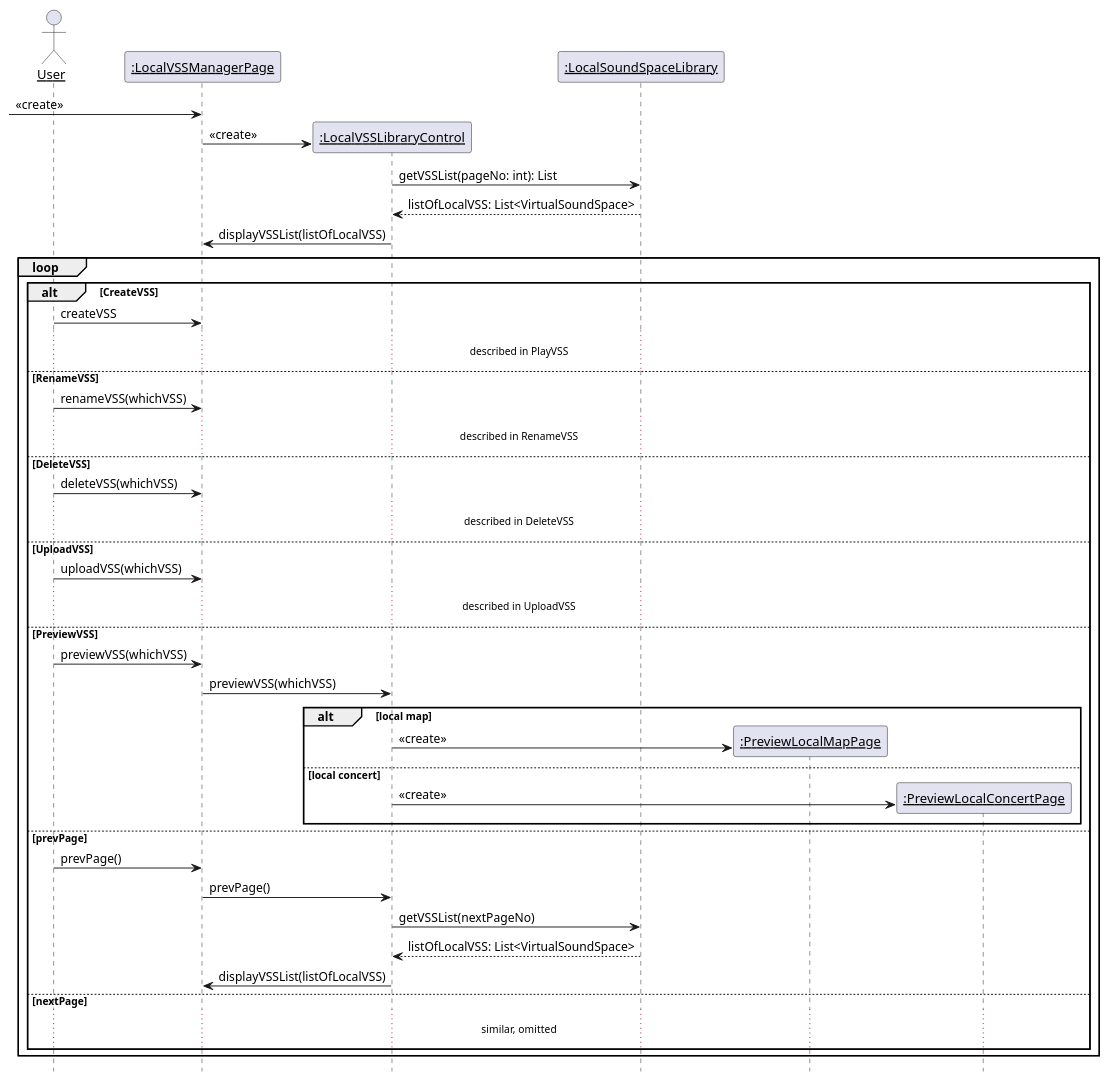
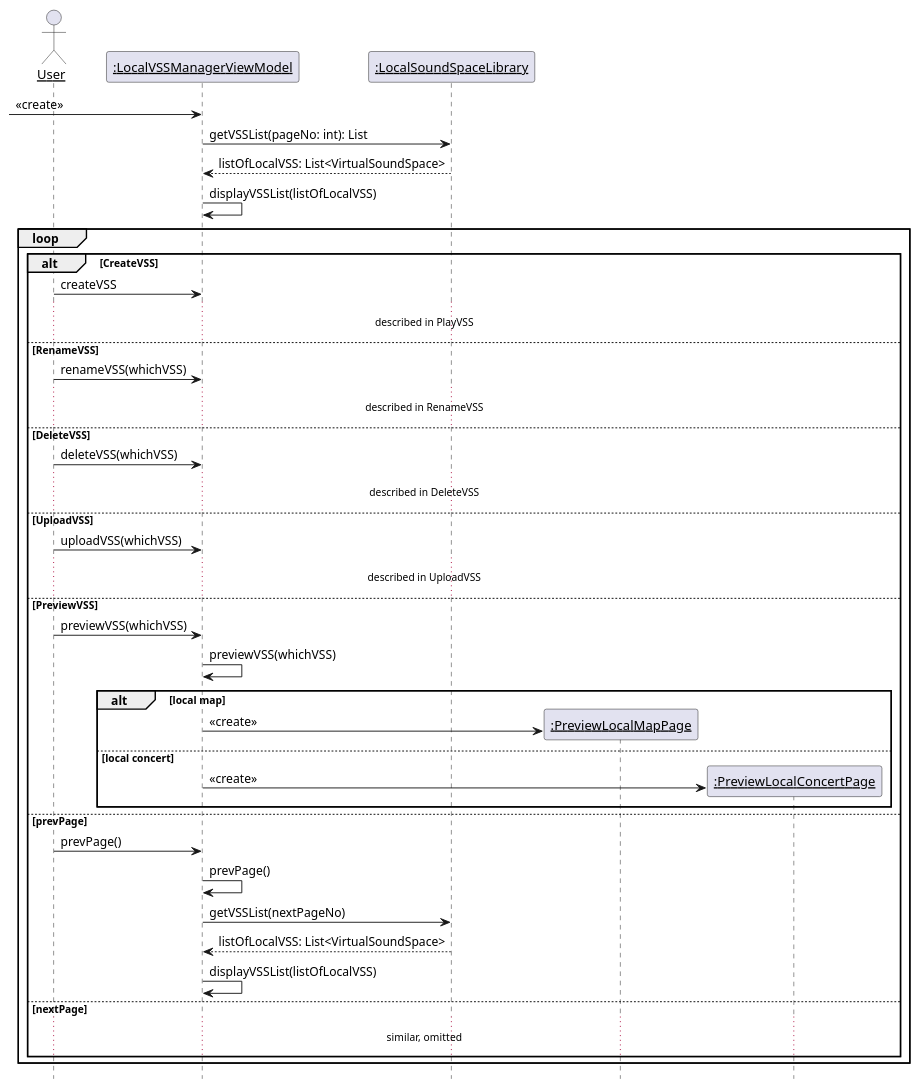
One commit to kpp19920121/doc changed the fifth of 22 diagrams in 设计/顺序图.md. Above: the diagram before and after it, drawn with PlantUML. The commit also changed other lines of this file and 4 other files, not shown here.

First line of the commit message:
完成LocalVSSManagerViewModel相关图例

````diff
--- a/设计/顺序图.md
+++ b/设计/顺序图.md
@@ -126,56 +155,53 @@
 ```PlantUML
 @startuml Diagrams/ManageLocalVSSLibrary
 hide footbox
 skinparam sequenceParticipant underline
 
 actor User as user
-participant ":LocalVSSManagerPage" as boundary
-participant ":LocalVSSLibraryControl" as control
+participant ":LocalVSSManagerViewModel" as boundary
 participant ":LocalSoundSpaceLibrary" as library
 
 create boundary
 [-> boundary: <<create>>
-create control
-boundary -> control: <<create>>
-control -> library: getVSSList(pageNo: int): List
-library --> control: listOfLocalVSS: List<VirtualSoundSpace>
-control -> boundary: displayVSSList(listOfLocalVSS)
+boundary -> library: getVSSList(pageNo: int): List
+library --> boundary: listOfLocalVSS: List<VirtualSoundSpace>
+boundary -> boundary: displayVSSList(listOfLocalVSS)
 
 loop
     alt CreateVSS
         user -> boundary: createVSS
         ...described in PlayVSS...
     else RenameVSS
         user -> boundary: renameVSS(whichVSS)
         ...described in RenameVSS...
     else DeleteVSS
         user -> boundary: deleteVSS(whichVSS)
         ...described in DeleteVSS...
     else UploadVSS
         user -> boundary: uploadVSS(whichVSS)
         ...described in UploadVSS...
     else PreviewVSS
         user -> boundary: previewVSS(whichVSS)
-        boundary -> control: previewVSS(whichVSS)
+        boundary -> boundary: previewVSS(whichVSS)
         alt local map
             participant ":PreviewLocalMapPage" as plmp
             create plmp
-            control -> plmp: <<create>>
+            boundary -> plmp: <<create>>
 
         else local concert
             participant ":PreviewLocalConcertPage" as plcp
             create plcp
-            control -> plcp: <<create>>
+            boundary -> plcp: <<create>>
         end
     else prevPage
         user -> boundary: prevPage()
-        boundary -> control: prevPage()
-        control -> library: getVSSList(nextPageNo)
-        library --> control: listOfLocalVSS: List<VirtualSoundSpace>
-        control -> boundary: displayVSSList(listOfLocalVSS)
+        boundary -> boundary: prevPage()
+        boundary -> library: getVSSList(nextPageNo)
+        library --> boundary: listOfLocalVSS: List<VirtualSoundSpace>
+        boundary -> boundary: displayVSSList(listOfLocalVSS)
     else nextPage
     ...similar, omitted...
     end
 end
 @enduml
 ```
````
